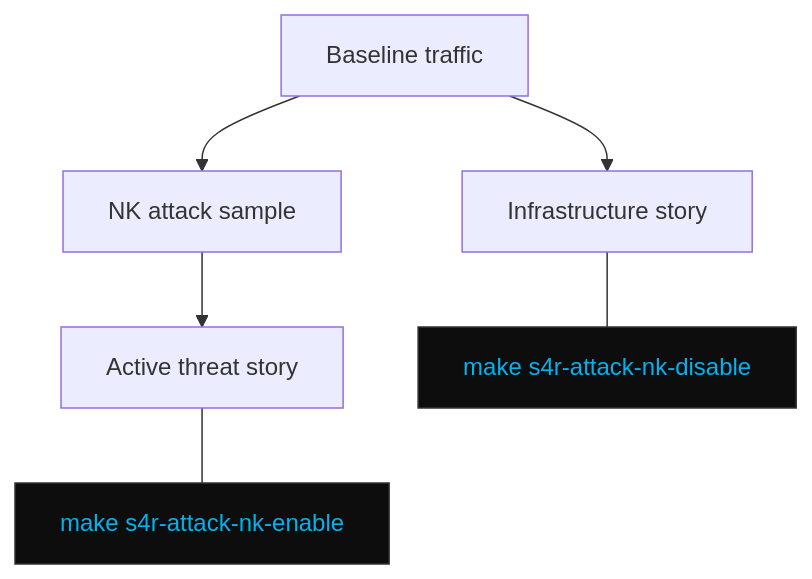
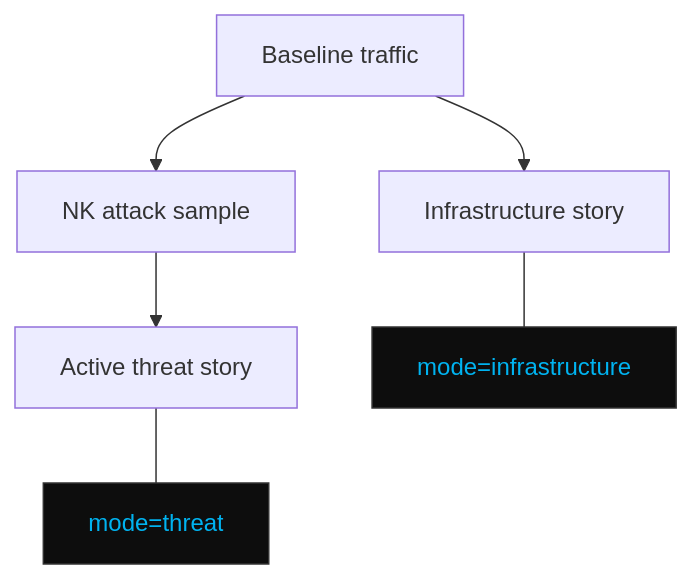
Before and after one commit to dd-Splunk/splunk-mcp: the third of 4 diagrams in demo-slides/s4r-demo-slides.md, drawn with Mermaid. The commit also changed other lines of this file and 22 other files, not shown here.

```diff
--- a/demo-slides/s4r-demo-slides.md
+++ b/demo-slides/s4r-demo-slides.md
@@ -314,16 +330,16 @@
 <pre class="mermaid">
 flowchart TB
   BASE["Baseline traffic"]
   NK["NK attack sample"]
   M1["Infrastructure story"]
   M2["Active threat story"]
-  C1["make s4r-attack-nk-disable"]
-  C2["make s4r-attack-nk-enable"]
+  C1["mode=infrastructure"]
+  C2["mode=threat"]
   BASE --> M1
   BASE --> NK
   NK --> M2
   M1 --- C1
   M2 --- C2
   classDef shell fill:#0d0d0d,stroke:#333,color:#00B3F0
   class C1,C2 shell
 </pre>
```
